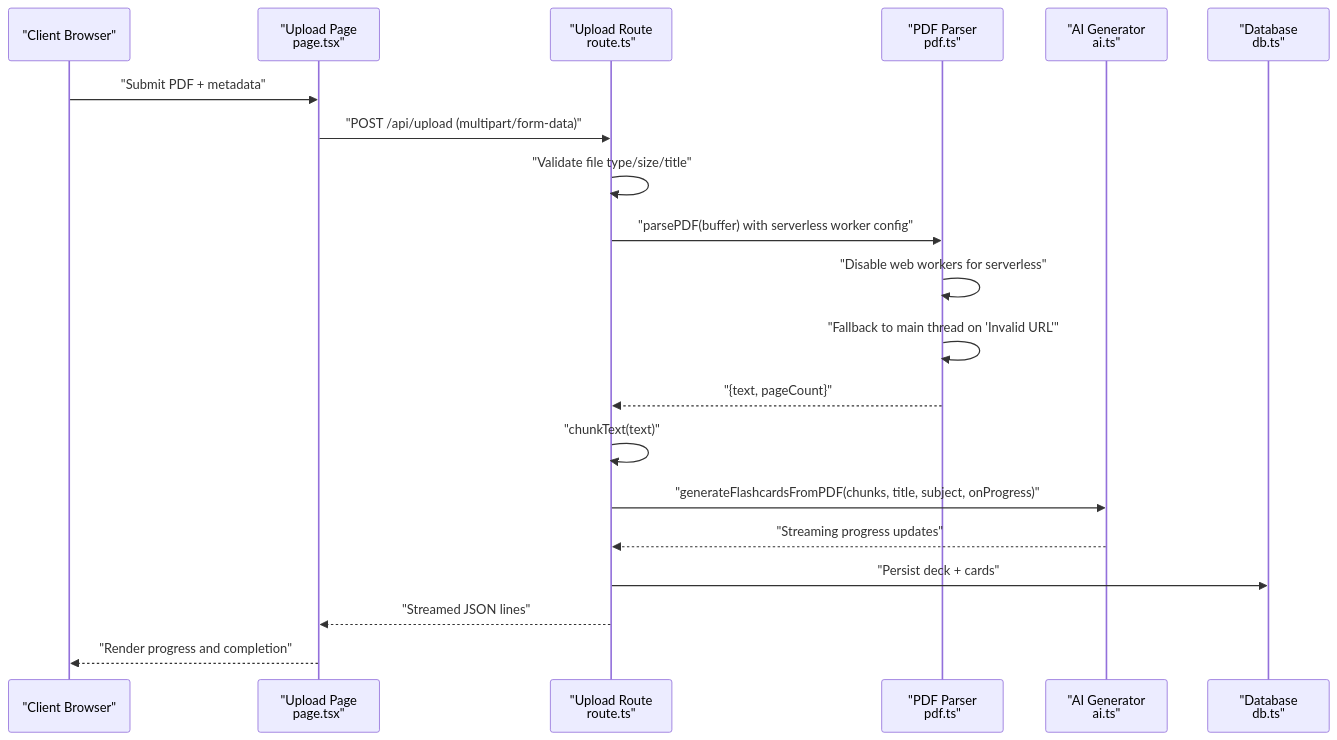
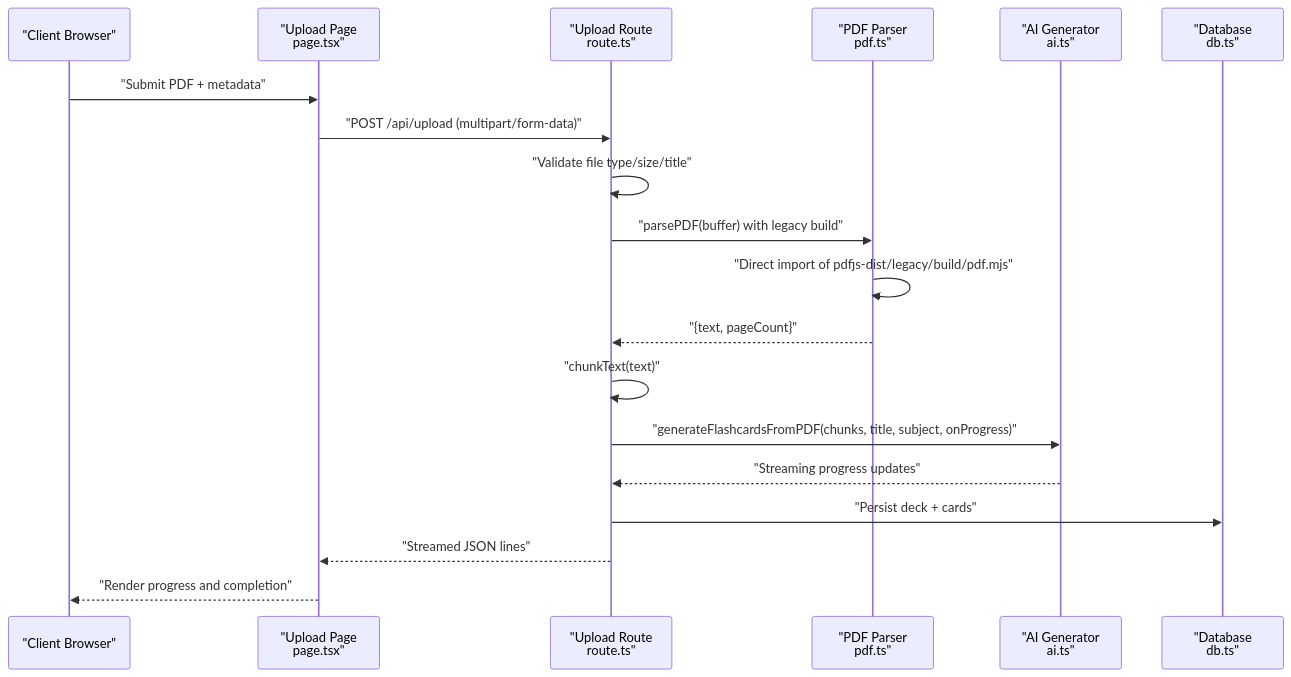
The second of 4 diagrams in .qoder/repowiki/en/content/Core Features/PDF Upload and Processing.md (nitish-niraj/cumathassignment), drawn with Mermaid before and after one commit. The commit also changed other lines of this file and 3 other files, not shown here.

````diff
--- a/.qoder/repowiki/en/content/Core Features/PDF Upload and Processing.md
+++ b/.qoder/repowiki/en/content/Core Features/PDF Upload and Processing.md
@@ -125,22 +124,21 @@
 ```mermaid
 sequenceDiagram
 participant Client as "Client Browser"
 participant UI as "Upload Page<br/>page.tsx"
 participant API as "Upload Route<br/>route.ts"
 participant PDF as "PDF Parser<br/>pdf.ts"
 participant AI as "AI Generator<br/>ai.ts"
 participant DB as "Database<br/>db.ts"
 Client->>UI : "Submit PDF + metadata"
 UI->>API : "POST /api/upload (multipart/form-data)"
 API->>API : "Validate file type/size/title"
-API->>PDF : "parsePDF(buffer) with serverless worker config"
-PDF->>PDF : "Disable web workers for serverless"
-PDF->>PDF : "Fallback to main thread on 'Invalid URL'"
+API->>PDF : "parsePDF(buffer) with legacy build"
+PDF->>PDF : "Direct import of pdfjs-dist/legacy/build/pdf.mjs"
 PDF-->>API : "{text, pageCount}"
 API->>API : "chunkText(text)"
 API->>AI : "generateFlashcardsFromPDF(chunks, title, subject, onProgress)"
 AI-->>API : "Streaming progress updates"
 API->>DB : "Persist deck + cards"
 API-->>UI : "Streamed JSON lines"
 UI-->>Client : "Render progress and completion"
 ```
````
